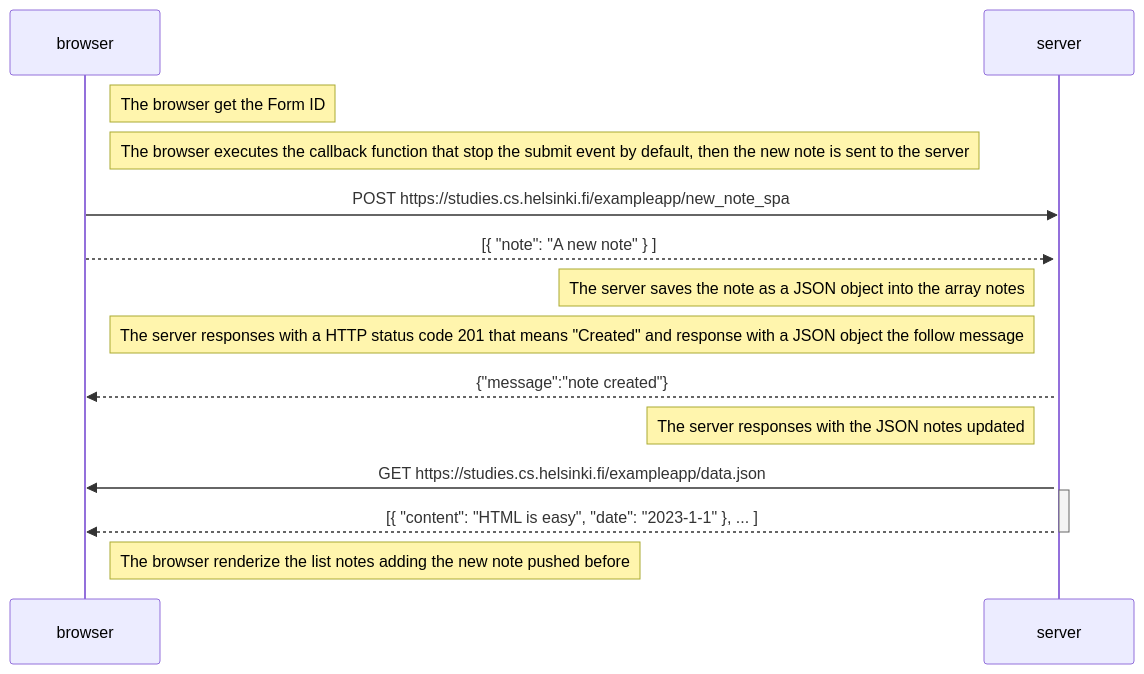
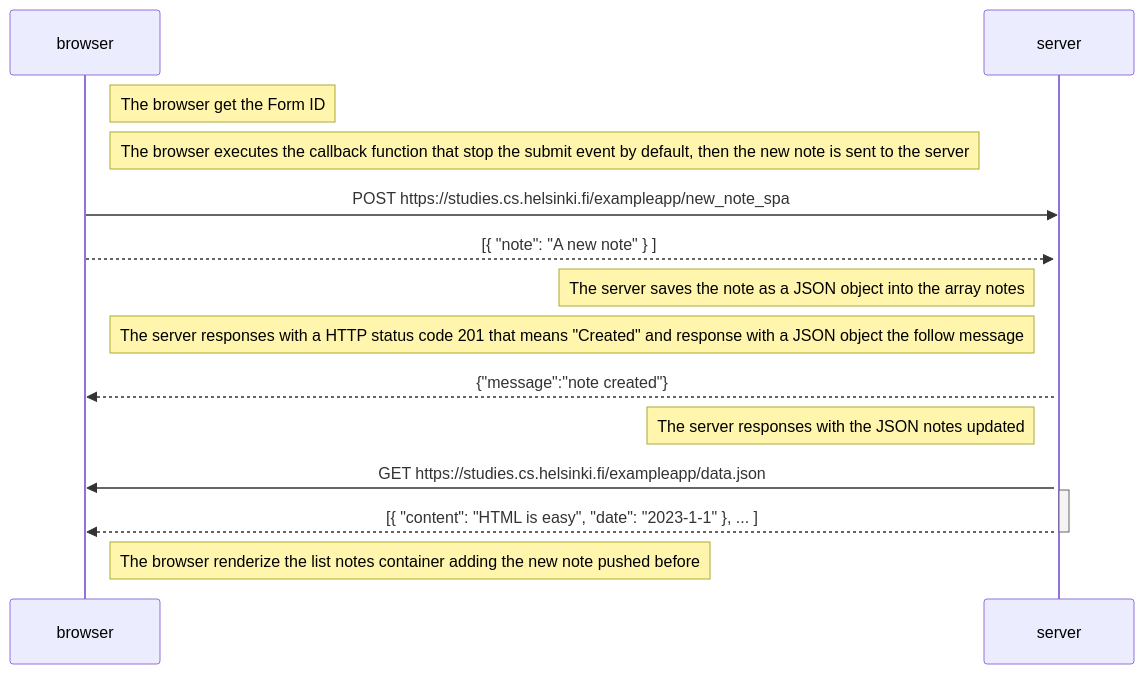
The diagram in part0/05.md (claudiainbytes/fullstackopen), drawn with Mermaid before and after one commit.

````diff
--- a/part0/05.md
+++ b/part0/05.md
@@ -1,28 +1,28 @@
 ```mermaid
 sequenceDiagram
     participant browser
     participant server
 
     Note right of browser: The browser get the Form ID
 
     Note right of browser: The browser executes the callback function that stop the submit event by default, then the new note is sent to the server
 
     browser->>server: POST https://studies.cs.helsinki.fi/exampleapp/new_note_spa
     activate server
 
     browser-->>server: [{ "note": "A new note" } ]
 
     Note left of server: The server saves the note as a JSON object into the array notes
 
     Note left of server:  The server responses with a HTTP status code 201 that means "Created" and response with a JSON object the follow message
     server-->>browser: {"message":"note created"}
 
     Note left of server:  The server responses with the JSON notes updated 
     server->>browser: GET https://studies.cs.helsinki.fi/exampleapp/data.json
     activate server
     server-->>browser: [{ "content": "HTML is easy", "date": "2023-1-1" }, ... ]
     deactivate server
 
-    Note right of browser: The browser renderize the list notes adding the new note pushed before
+    Note right of browser: The browser renderize the list notes container adding the new note pushed before
     
 ```
````
